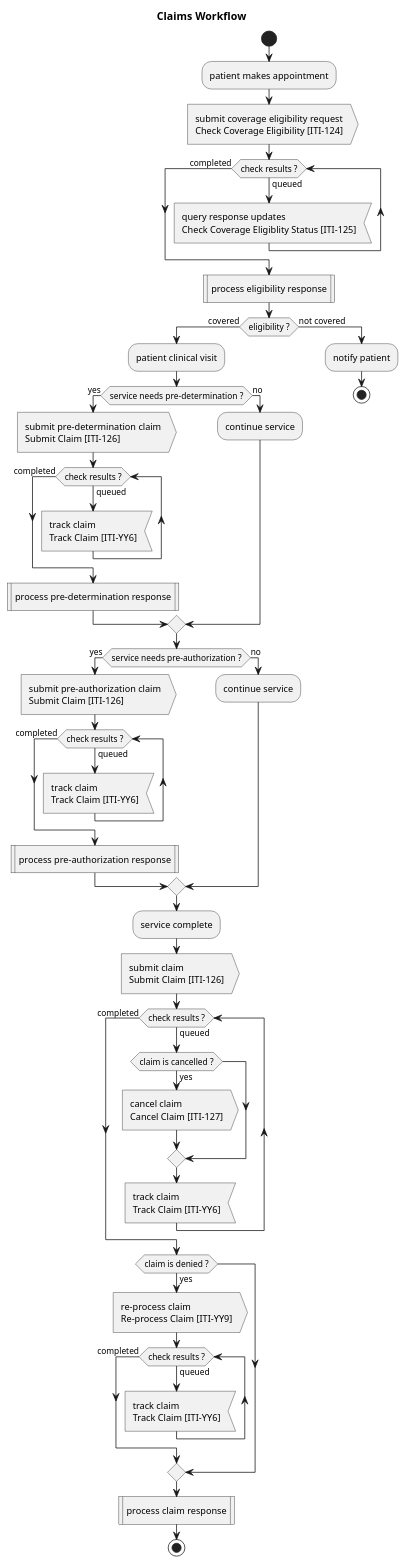
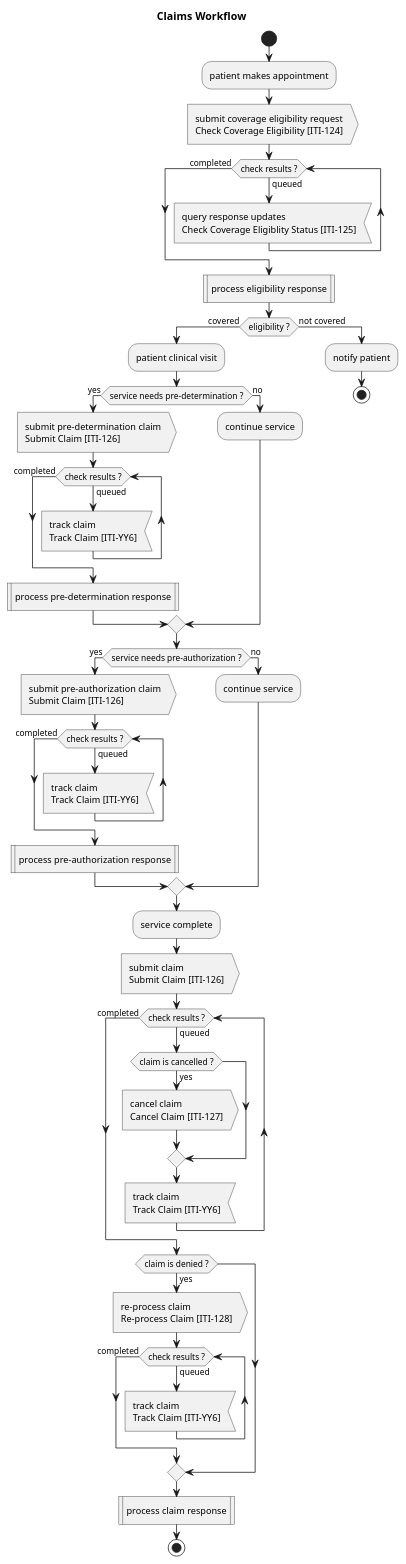
The diagram in input/images-source/overview-visit.plantuml (IHE/ITI.Finance), drawn with PlantUML before and after one commit. The commit also changed 14 other files, not shown here.

```diff
--- a/input/images-source/overview-visit.plantuml
+++ b/input/images-source/overview-visit.plantuml
@@ -1,53 +1,53 @@
 @startuml
 
 title Claims Workflow
 
 start
 :patient makes appointment;
 :submit coverage eligibility request\nCheck Coverage Eligibility &#91;ITI-124&#93;>
 while (check results ?) is (queued)
   :query response updates\nCheck Coverage Eligiblity Status &#91;ITI-125&#93;<
 endwhile (completed)
 :process eligibility response|
 if (eligibility ?) then (covered)
   :patient clinical visit;
 
   if (service needs pre-determination ?) then (yes)
     :submit pre-determination claim\nSubmit Claim &#91;ITI-126&#93;>
     while (check results ?) is (queued)
       :track claim\nTrack Claim &#91;ITI-YY6&#93;<
     endwhile (completed)
     :process pre-determination response|
   else (no)
     :continue service;
   endif 
   if (service needs pre-authorization ?) then (yes)
   :submit pre-authorization claim\nSubmit Claim &#91;ITI-126&#93;>
   while (check results ?) is (queued)
     :track claim\nTrack Claim &#91;ITI-YY6&#93;<
   endwhile (completed)
   :process pre-authorization response|
   else (no)
     :continue service;
   endif
   :service complete;
   :submit claim\nSubmit Claim &#91;ITI-126&#93;>
   while (check results ?) is (queued)
     if (claim is cancelled ?) then (yes)
       :cancel claim\nCancel Claim &#91;ITI-127&#93;>
     endif
     :track claim\nTrack Claim &#91;ITI-YY6&#93;<
   endwhile (completed)
   if (claim is denied ?) then (yes)
-    :re-process claim\nRe-process Claim &#91;ITI-YY9&#93;>
+    :re-process claim\nRe-process Claim &#91;ITI-128&#93;>
     while (check results ?) is (queued)
       :track claim\nTrack Claim &#91;ITI-YY6&#93;<
     endwhile (completed)
   endif
   :process claim response|
   stop
 else (not covered)
   :notify patient;
   stop
 
 @enduml
```
